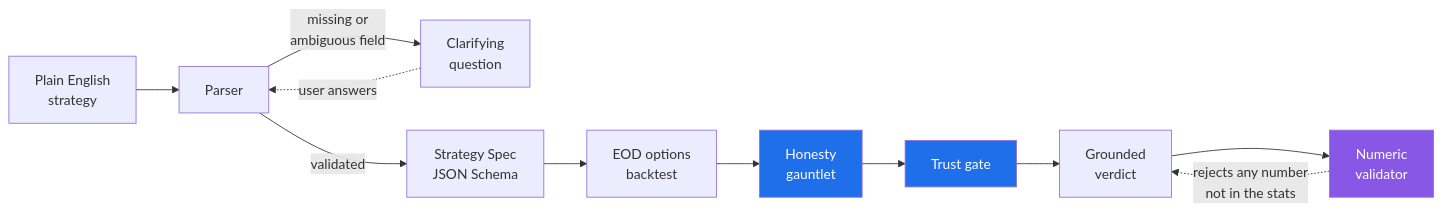
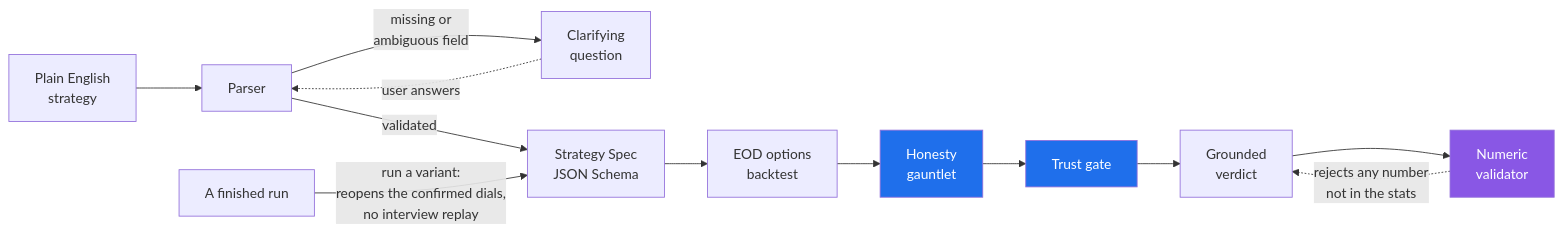
One commit to sahilsapra391/skeptic changed the first of 5 diagrams in README.md. Above: the diagram before and after it, drawn with Mermaid. The commit also changed other lines of this file and 3 other files, not shown here.

````diff
--- a/README.md
+++ b/README.md
@@ -28,17 +28,18 @@
 ```mermaid
 flowchart LR
     A["Plain English<br/>strategy"] --> B["Parser"]
     B -->|"missing or<br/>ambiguous field"| Q["Clarifying<br/>question"]
     Q -.->|"user answers"| B
     B -->|"validated"| C["Strategy Spec<br/>JSON Schema"]
+    R["A finished run"] -->|"run a variant:<br/>reopens the confirmed dials,<br/>no interview replay"| C
     C --> D["EOD options<br/>backtest"]
     D --> E["Honesty<br/>gauntlet"]
     E --> F["Trust gate"]
     F --> G["Grounded<br/>verdict"]
     G --> H["Numeric<br/>validator"]
     H -.->|"rejects any number<br/>not in the stats"| G
 
     style E fill:#1f6feb,color:#fff
     style F fill:#1f6feb,color:#fff
     style H fill:#8957e5,color:#fff
 ```
````
